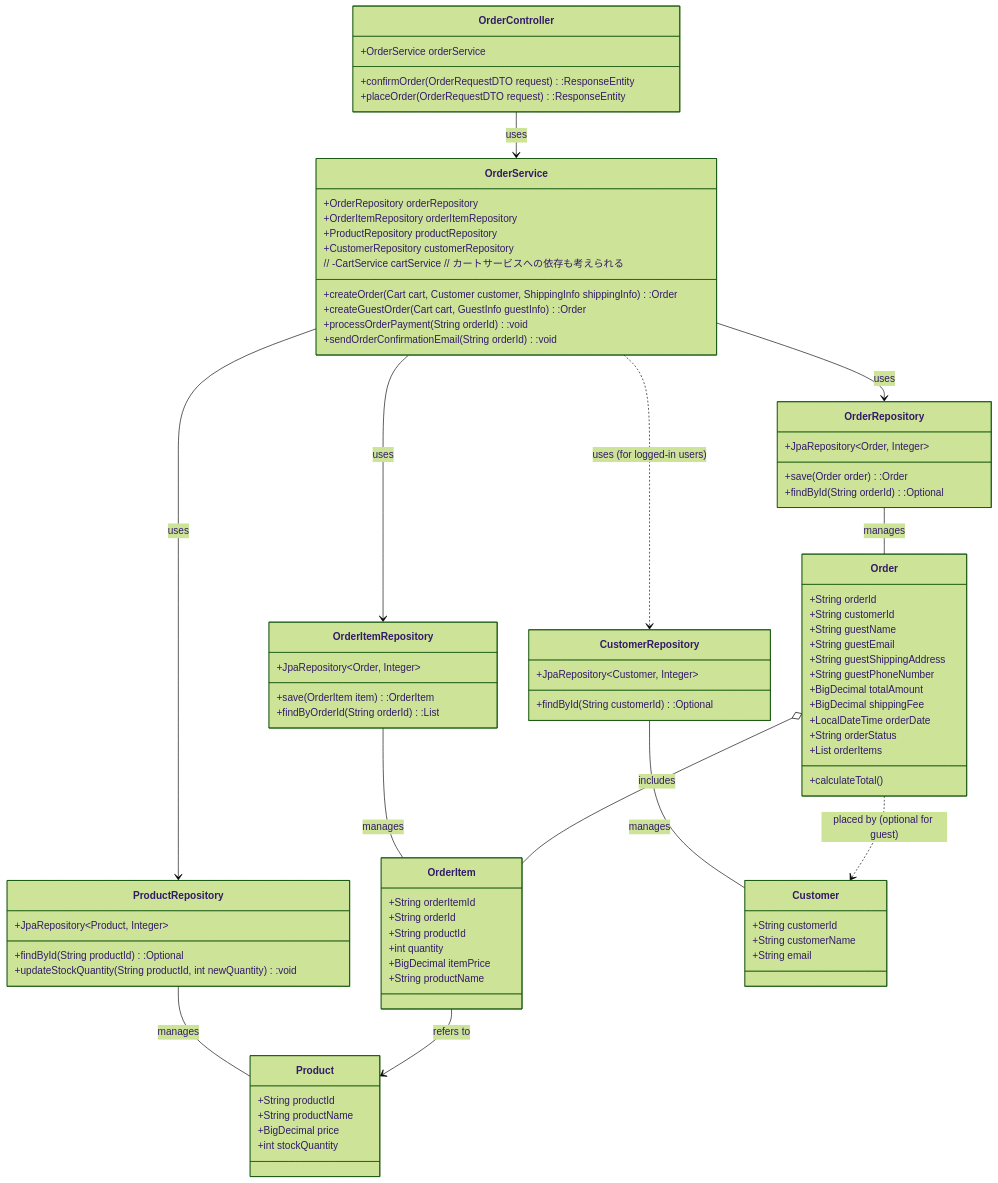
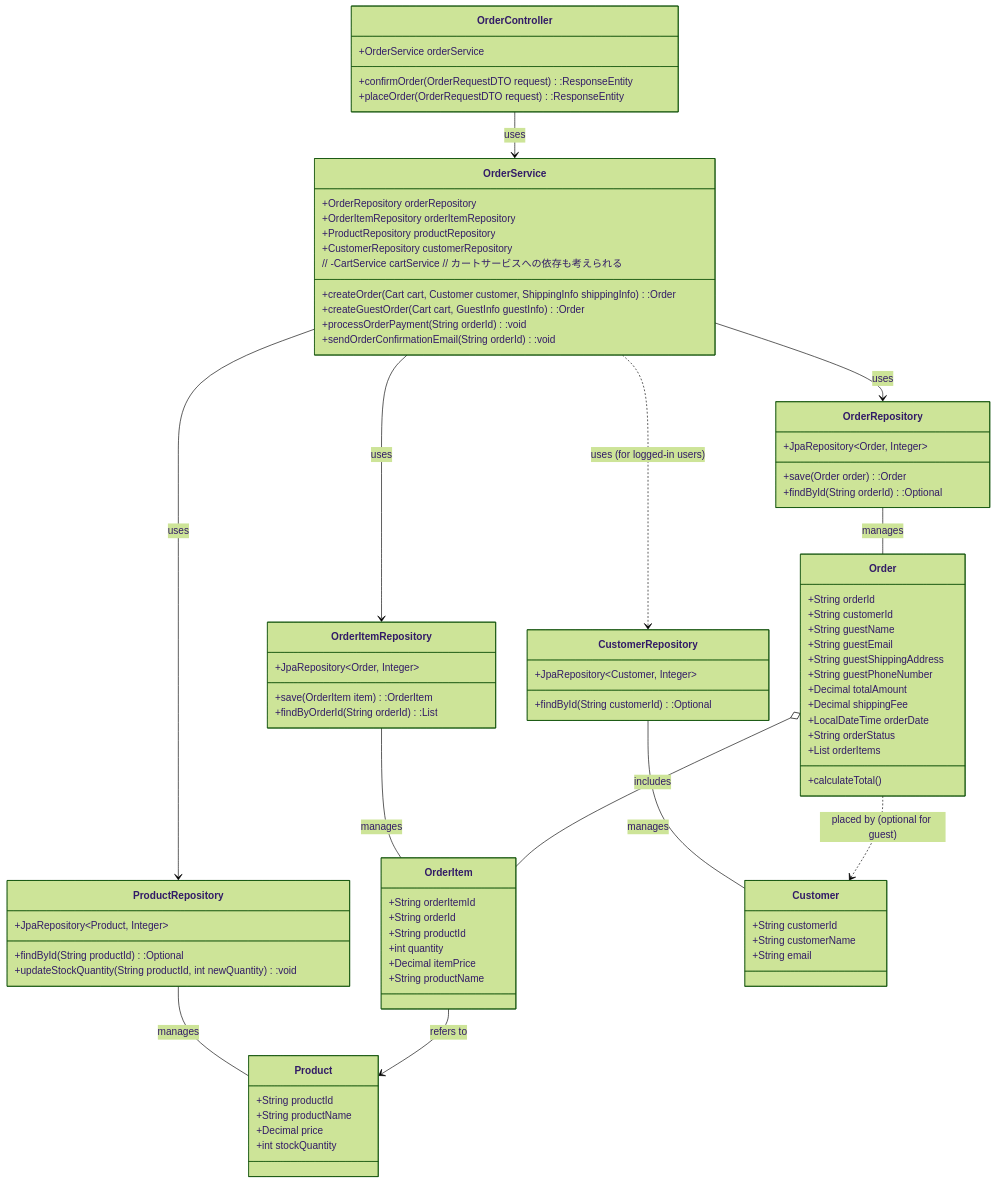
Before and after one commit to ainaga09/ACE: the second of 4 diagrams in 基本設計/はじめに.md, drawn with Mermaid (forest theme). The commit also changed other lines of this file, not shown here.

Commit message:
直し

```diff
--- a/基本設計/はじめに.md
+++ b/基本設計/はじめに.md
@@ -152,8 +152,8 @@
         +String guestEmail
         +String guestShippingAddress
         +String guestPhoneNumber
-        +BigDecimal totalAmount
-        +BigDecimal shippingFee
+        +Decimal totalAmount
+        +Decimal shippingFee
         +LocalDateTime orderDate
         +String orderStatus
         +List<OrderItem> orderItems
@@ -164,13 +164,13 @@
         +String orderId
         +String productId
         +int quantity
-        +BigDecimal itemPrice
+        +Decimal itemPrice
         +String productName
     }
     class Product {
         +String productId
         +String productName
-        +BigDecimal price
+        +Decimal price
         +int stockQuantity
     }
     class Customer {
```
